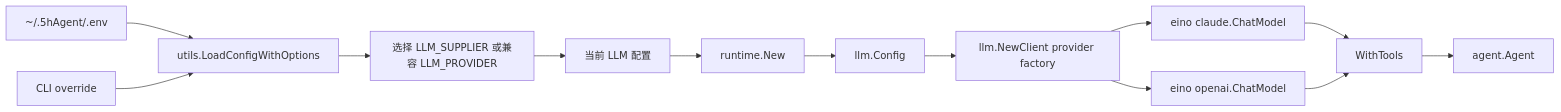
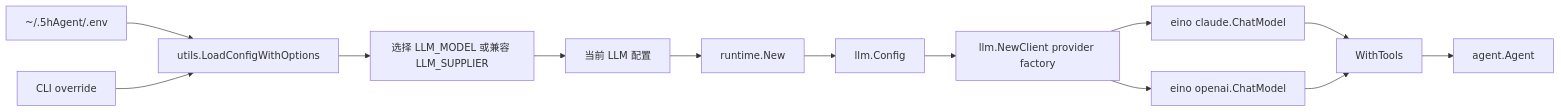
One commit to Ozqi/5hAgent changed the diagram in doc/llm.md. Above: the diagram before and after it, drawn with Mermaid. The commit also changed other lines of this file and 6 other files, not shown here.

Commit message:
feat(llm): support slash model refs

````diff
--- a/doc/llm.md
+++ b/doc/llm.md
@@ -12,15 +12,15 @@
 ```mermaid
 flowchart LR
     Env[~/.5hAgent/.env] --> Load[utils.LoadConfigWithOptions]
     CLI[CLI override] --> Load
-    Load --> Pick[选择 LLM_SUPPLIER 或兼容 LLM_PROVIDER]
+    Load --> Pick[选择 LLM_MODEL 或兼容 LLM_SUPPLIER]
     Pick --> Active[当前 LLM 配置]
     Active --> Runtime[runtime.New]
     Runtime --> Config[llm.Config]
     Config --> Factory[llm.NewClient provider factory]
     Factory --> Claude[eino claude.ChatModel]
     Factory --> OpenAI[eino openai.ChatModel]
     Claude --> Tools[WithTools]
     OpenAI --> Tools
     Tools --> Agent[agent.Agent]
 ```
````
